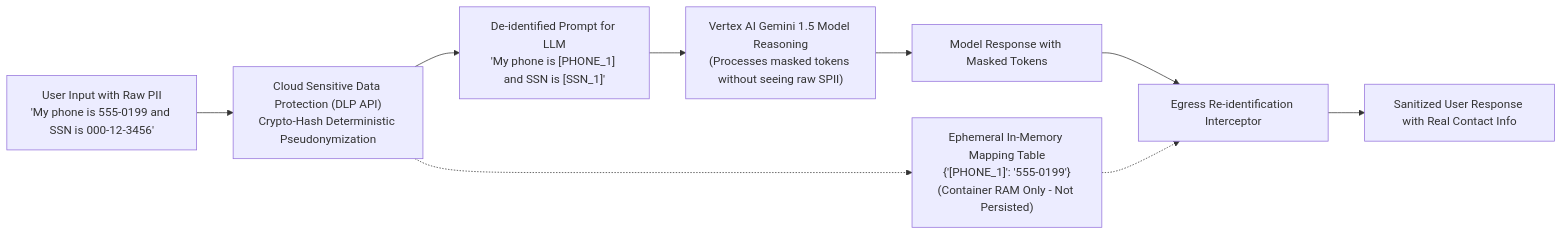
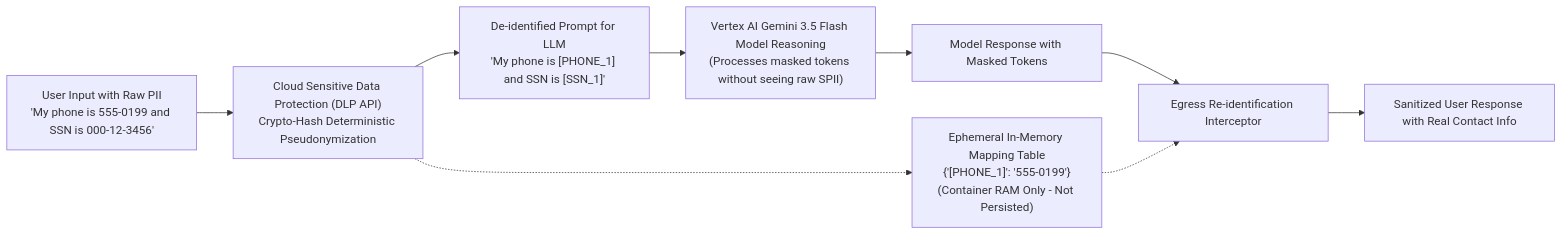
The eighth of 13 diagrams in Enterprise Agentic Solution Design Document - MVP 1.md (randyh0329/PRJ-ELEVATE-C1-G5), drawn with Mermaid before and after one commit. The commit also changed other lines of this file, not shown here.

Commit message:
Change model gemini 1.5 to gemini 3.5 flash

````diff
--- a/Enterprise Agentic Solution Design Document - MVP 1.md
+++ b/Enterprise Agentic Solution Design Document - MVP 1.md
@@ -342,14 +342,14 @@
 ```mermaid
 flowchart LR
     RawPrompt["User Input with Raw PII<br>'My phone is 555-0199 and SSN is 000-12-3456'"] --> DLPDeid["Cloud Sensitive Data Protection (DLP API)<br>Crypto-Hash Deterministic Pseudonymization"]
     
     DLPDeid --> MaskedPrompt["De-identified Prompt for LLM<br>'My phone is [PHONE_1] and SSN is [SSN_1]'"]
     DLPDeid -.-> EphemeralMap["Ephemeral In-Memory Mapping Table<br>{'[PHONE_1]': '555-0199'}<br>(Container RAM Only - Not Persisted)"]
     
-    MaskedPrompt --> VertexLLM["Vertex AI Gemini 1.5 Model Reasoning<br>(Processes masked tokens without seeing raw SPII)"]
+    MaskedPrompt --> VertexLLM["Vertex AI Gemini 3.5 Flash Model Reasoning<br>(Processes masked tokens without seeing raw SPII)"]
     VertexLLM --> RawOutput["Model Response with Masked Tokens"]
     
     RawOutput --> ReIdFilter["Egress Re-identification Interceptor"]
     EphemeralMap -.-> ReIdFilter
     ReIdFilter --> FinalUserResp["Sanitized User Response with Real Contact Info"]
 ```
````
